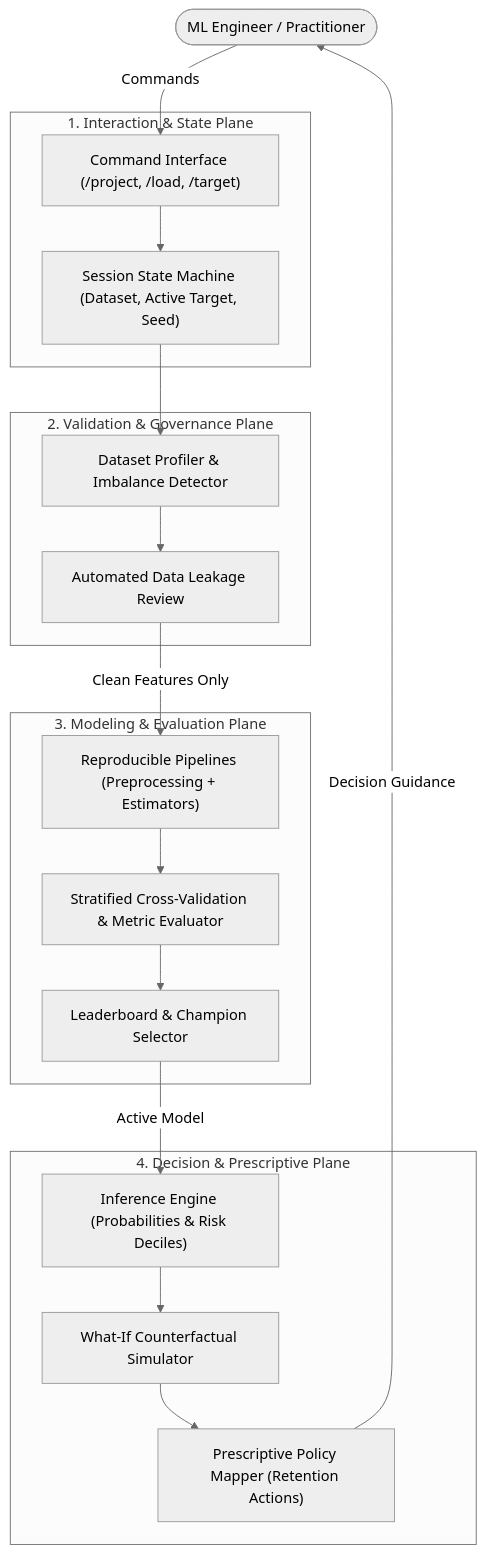
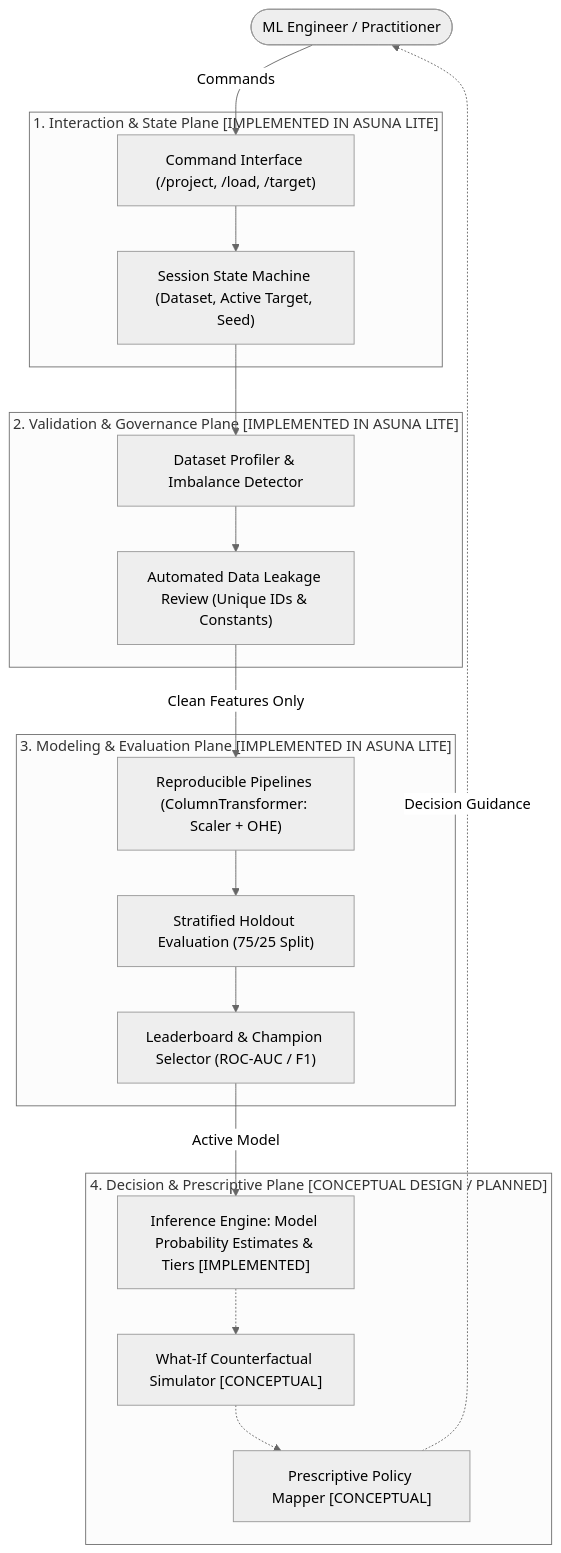
Before and after one commit to DanteBurbano27/asuna-ml-agent: the first of 2 diagrams in README.md, drawn with Mermaid (neutral theme). The commit also changed other lines of this file and 6 other files, not shown here.

Commit message:
fix: align architecture claims with implementation, add numpy dependency and CI workflow

````diff
--- a/README.md
+++ b/README.md
@@ -27,38 +28,38 @@
 ```mermaid
 flowchart TD
     User([ML Engineer / Practitioner])
     
-    subgraph Layer1["1. Interaction & State Plane"]
+    subgraph Layer1["1. Interaction & State Plane [IMPLEMENTED IN ASUNA LITE]"]
         CLI["Command Interface (/project, /load, /target)"]
         State["Session State Machine (Dataset, Active Target, Seed)"]
     end
     
-    subgraph Layer2["2. Validation & Governance Plane"]
+    subgraph Layer2["2. Validation & Governance Plane [IMPLEMENTED IN ASUNA LITE]"]
         Profiler["Dataset Profiler & Imbalance Detector"]
-        LeakageAudit["Automated Data Leakage Review"]
+        LeakageAudit["Automated Data Leakage Review (Unique IDs & Constants)"]
     end
     
-    subgraph Layer3["3. Modeling & Evaluation Plane"]
-        Pipeline["Reproducible Pipelines (Preprocessing + Estimators)"]
-        CV["Stratified Cross-Validation & Metric Evaluator"]
-        Comparator["Leaderboard & Champion Selector"]
+    subgraph Layer3["3. Modeling & Evaluation Plane [IMPLEMENTED IN ASUNA LITE]"]
+        Pipeline["Reproducible Pipelines (ColumnTransformer: Scaler + OHE)"]
+        HoldoutEval["Stratified Holdout Evaluation (75/25 Split)"]
+        Comparator["Leaderboard & Champion Selector (ROC-AUC / F1)"]
     end
     
-    subgraph Layer4["4. Decision & Prescriptive Plane"]
-        Scorer["Inference Engine (Probabilities & Risk Deciles)"]
-        WhatIfSim["What-If Counterfactual Simulator"]
-        Prescriber["Prescriptive Policy Mapper (Retention Actions)"]
+    subgraph Layer4["4. Decision & Prescriptive Plane [CONCEPTUAL DESIGN / PLANNED]"]
+        Scorer["Inference Engine: Model Probability Estimates & Tiers [IMPLEMENTED]"]
+        WhatIfSim["What-If Counterfactual Simulator [CONCEPTUAL]"]
+        Prescriber["Prescriptive Policy Mapper [CONCEPTUAL]"]
     end
 
     User -->|Commands| CLI
     CLI --> State
     State --> Profiler
     Profiler --> LeakageAudit
     LeakageAudit -->|Clean Features Only| Pipeline
-    Pipeline --> CV
-    CV --> Comparator
+    Pipeline --> HoldoutEval
+    HoldoutEval --> Comparator
     Comparator -->|Active Model| Scorer
-    Scorer --> WhatIfSim
-    WhatIfSim --> Prescriber
-    Prescriber -->|Decision Guidance| User
+    Scorer -.-> WhatIfSim
+    WhatIfSim -.-> Prescriber
+    Prescriber -.->|Decision Guidance| User
 ```
````
